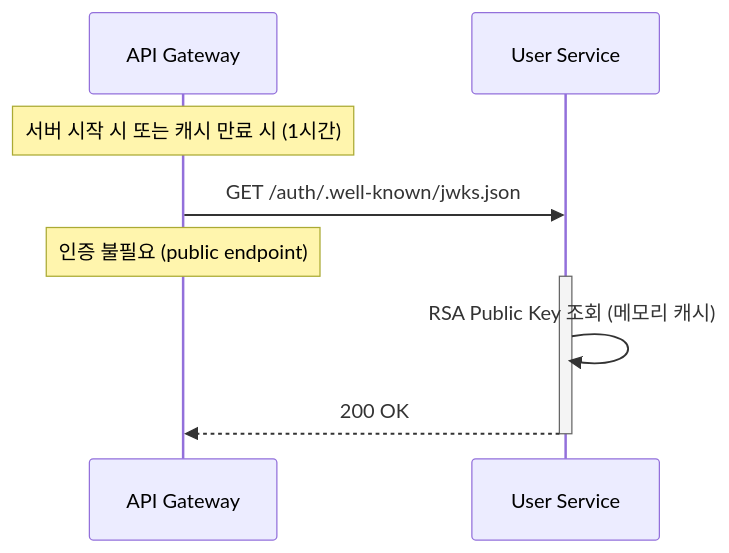
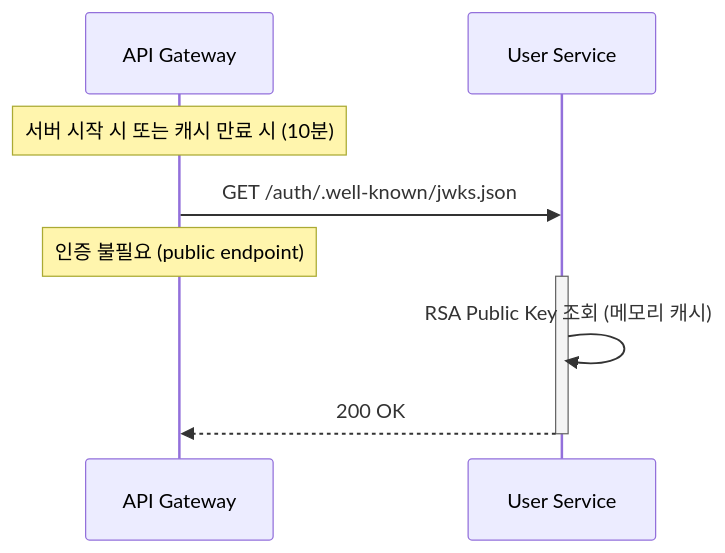
The seventh of 9 diagrams in backend/user/sequence-diagram.md (Trade-Pilot/.github), drawn with Mermaid before and after one commit. The commit also changed other lines of this file and 17 other files, not shown here.

````diff
--- a/backend/user/sequence-diagram.md
+++ b/backend/user/sequence-diagram.md
@@ -263,15 +263,15 @@
 ```mermaid
 sequenceDiagram
     participant GW as API Gateway
     participant US as User Service
 
-    Note over GW: 서버 시작 시 또는 캐시 만료 시 (1시간)
+    Note over GW: 서버 시작 시 또는 캐시 만료 시 (10분)
 
     GW->>US: GET /auth/.well-known/jwks.json
     Note over GW: 인증 불필요 (public endpoint)
 
     activate US
     US->>US: RSA Public Key 조회 (메모리 캐시)
     US-->>GW: 200 OK
     deactivate US
 ```
````
